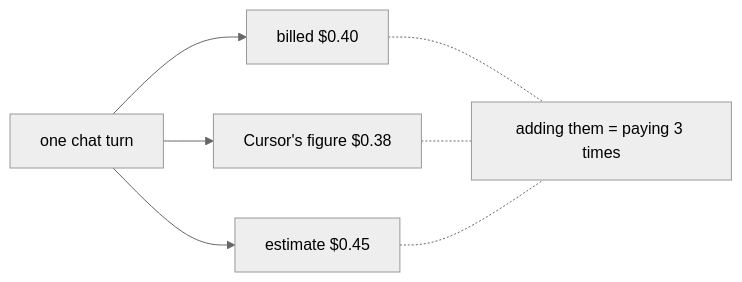
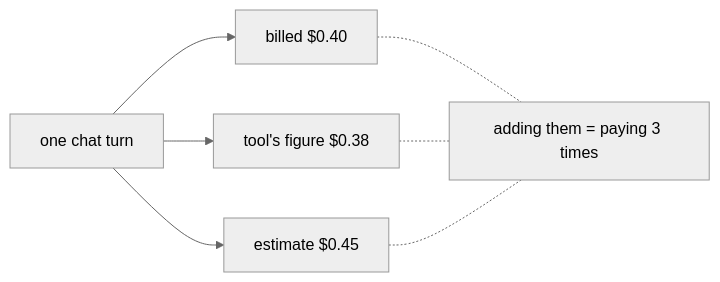
Before and after one commit to BleedingDev/dx-feature-tracker: diagram 13 of 19 in docs/HOW-IT-WORKS.md, drawn with Mermaid (neutral theme). The commit also changed other lines of this file and 3 other files, not shown here.

````diff
--- a/docs/HOW-IT-WORKS.md
+++ b/docs/HOW-IT-WORKS.md
@@ -365,9 +387,9 @@
 ```mermaid
 flowchart LR
     W["one chat turn"] --> B["billed $0.40"]
-    W --> F["Cursor's figure $0.38"]
+    W --> F["tool's figure $0.38"]
     W --> E["estimate $0.45"]
     B -.- X["adding them = paying 3 times"]
     F -.- X
     E -.- X
 ```
````
